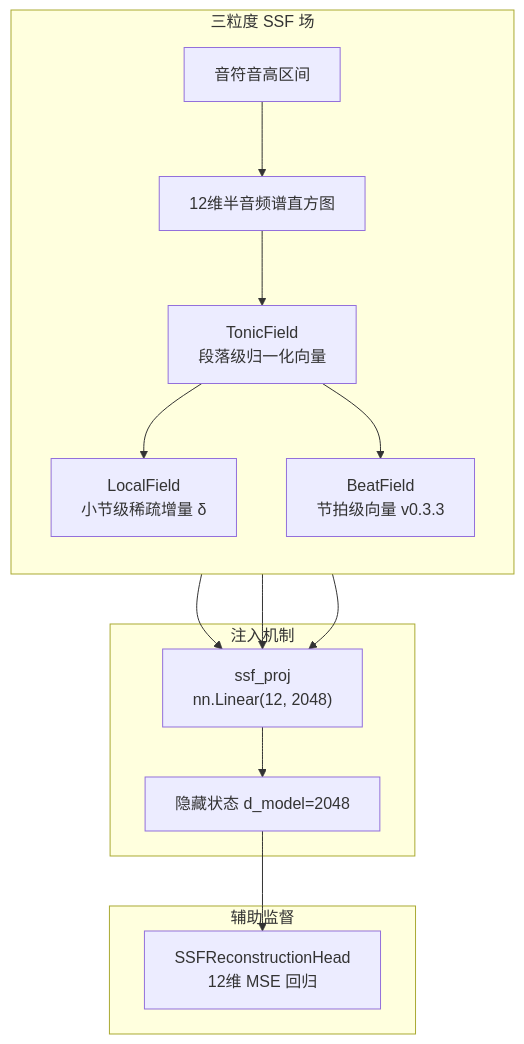
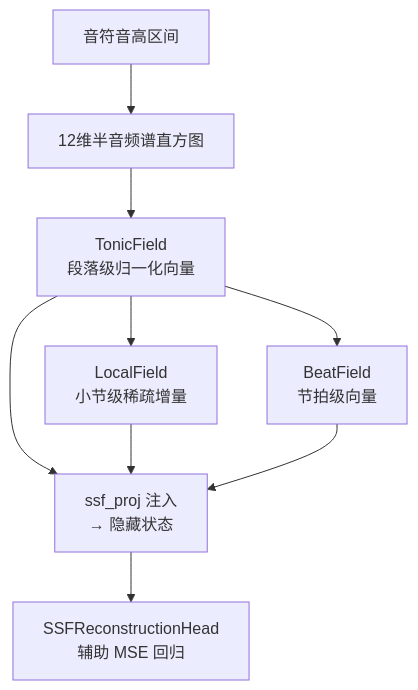
Before and after one commit to Derancarls/Chopinote-AI: the seventh of 12 diagrams in README.md, drawn with Mermaid. The commit also changed other lines of this file, not shown here.

Commit message:
v0.3.3-pre2: fix Mermaid syntax, remove LMDB/data-pipeline from README

````diff
--- a/README.md
+++ b/README.md
@@ -459,19 +375,11 @@
 ```mermaid
 flowchart TB
-    subgraph "三粒度 SSF 场"
-        direction TB
-        NT[音符音高区间] --> CH[12维半音频谱直方图]
-        CH --> TF["TonicField<br/>段落级归一化向量"]
-        TF --> LF["LocalField<br/>小节级稀疏增量 δ"]
-        TF --> BF["BeatField<br/>节拍级向量 v0.3.3"]
-    end
-    subgraph "注入机制"
-        TF --> PROJ["ssf_proj<br/>nn.Linear(12, 2048)"]
-        LF --> PROJ
-        BF --> PROJ
-        PROJ --> HID[隐藏状态 d_model=2048]
-    end
-    subgraph "辅助监督"
-        HID --> RECON["SSFReconstructionHead<br/>12维 MSE 回归"]
-    end
+    NT["音符音高区间"] --> CH["12维半音频谱直方图"]
+    CH --> TF["TonicField<br/>段落级归一化向量"]
+    TF --> LF["LocalField<br/>小节级稀疏增量"]
+    TF --> BF["BeatField<br/>节拍级向量"]
+    TF --> PROJ["ssf_proj 注入<br/>→ 隐藏状态"]
+    LF --> PROJ
+    BF --> PROJ
+    PROJ --> RECON["SSFReconstructionHead<br/>辅助 MSE 回归"]
 ```
````
